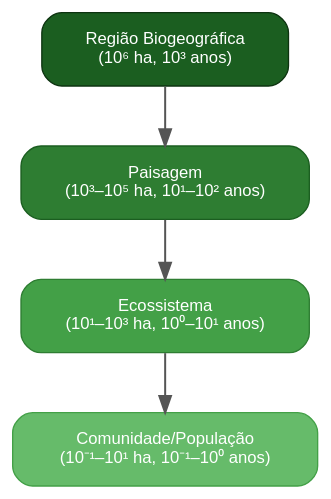
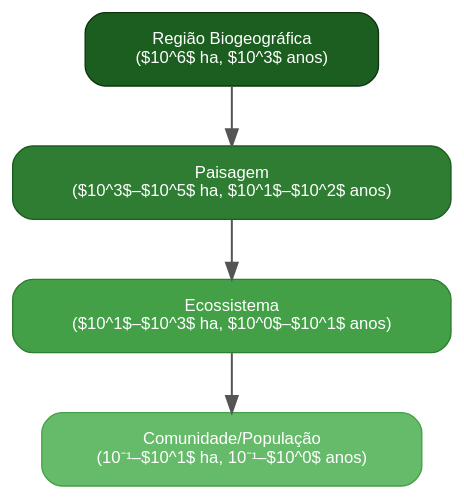
The second of 2 diagrams in books/ciencia-paisagem/capitulos/04-escalas.qmd (ldvsantos/cv), drawn with Graphviz before and after one commit. The commit also changed other lines of this file and 64 other files, not shown here.

````diff
--- a/books/ciencia-paisagem/capitulos/04-escalas.qmd
+++ b/books/ciencia-paisagem/capitulos/04-escalas.qmd
@@ -77,20 +77,20 @@
 ```{dot}
 //| label: fig-hierarquia
 //| fig-cap: "Hierarquia de níveis de organização espacial e suas escalas características de extensão (ha) e tempo (anos). As setas indicam que cada nível superior impõe restrições sobre o inferior, enquanto o inferior fornece os mecanismos."
 //| fig-width: 7
 digraph {
     rankdir=TB
     bgcolor="transparent"
     node [shape=box, style="rounded,filled", fontname="Helvetica", fontsize=10, margin="0.3,0.15", penwidth=0.8]
     edge [color="#555555", penwidth=1.2]
 
-    A [label="Região Biogeográfica\n(10⁶ ha, 10³ anos)", fillcolor="#1B5E20", fontcolor="white", color="#0D3310"]
-    B [label="Paisagem\n(10³–10⁵ ha, 10¹–10² anos)", fillcolor="#2E7D32", fontcolor="white", color="#1B5E20"]
-    C [label="Ecossistema\n(10¹–10³ ha, 10⁰–10¹ anos)", fillcolor="#43A047", fontcolor="white", color="#2E7D32"]
-    D [label="Comunidade/População\n(10⁻¹–10¹ ha, 10⁻¹–10⁰ anos)", fillcolor="#66BB6A", fontcolor="white", color="#43A047"]
+    A [label="Região Biogeográfica\n($10^6$ ha, $10^3$ anos)", fillcolor="#1B5E20", fontcolor="white", color="#0D3310"]
+    B [label="Paisagem\n($10^3$–$10^5$ ha, $10^1$–$10^2$ anos)", fillcolor="#2E7D32", fontcolor="white", color="#1B5E20"]
+    C [label="Ecossistema\n($10^1$–$10^3$ ha, $10^0$–$10^1$ anos)", fillcolor="#43A047", fontcolor="white", color="#2E7D32"]
+    D [label="Comunidade/População\n(10⁻¹–$10^1$ ha, 10⁻¹–$10^0$ anos)", fillcolor="#66BB6A", fontcolor="white", color="#43A047"]
 
     A -> B
     B -> C
     C -> D
 }
 ```
````
